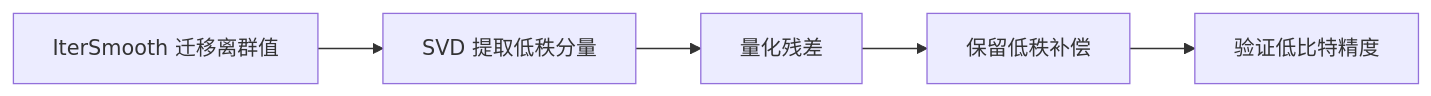
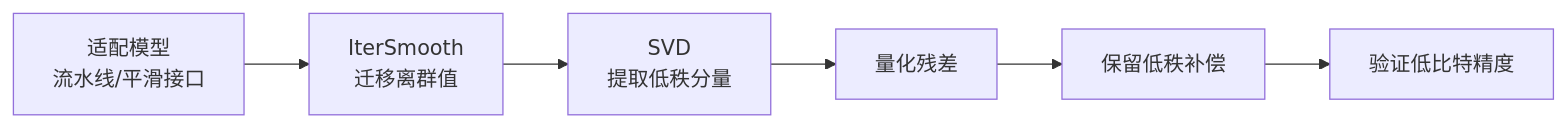
One commit to mindstudio-docs/master changed the diagram in msmodelslim/docs/zh/knowledge_base/quantization_algorithms/svdquant/usage_svdquant.md. Above: the diagram before and after it, drawn with Mermaid. The commit also changed other lines of this file and 235 other files, not shown here.

````diff
--- a/msmodelslim/docs/zh/knowledge_base/quantization_algorithms/svdquant/usage_svdquant.md
+++ b/msmodelslim/docs/zh/knowledge_base/quantization_algorithms/svdquant/usage_svdquant.md
@@ -24,7 +19,8 @@
 ```mermaid
 flowchart LR
-    A[IterSmooth 迁移离群值] --> B[SVD 提取低秩分量]
-    B[SVD 提取低秩分量] --> C[量化残差]
-    C[量化残差] --> D[保留低秩补偿]
-    D[保留低秩补偿] --> E[验证低比特精度]
+    A[适配模型<br/>流水线/平滑接口] --> B[IterSmooth<br/>迁移离群值]
+    B --> C[SVD<br/>提取低秩分量]
+    C --> D[量化残差]
+    D --> E[保留低秩补偿]
+    E --> F[验证低比特精度]
 ```
````
